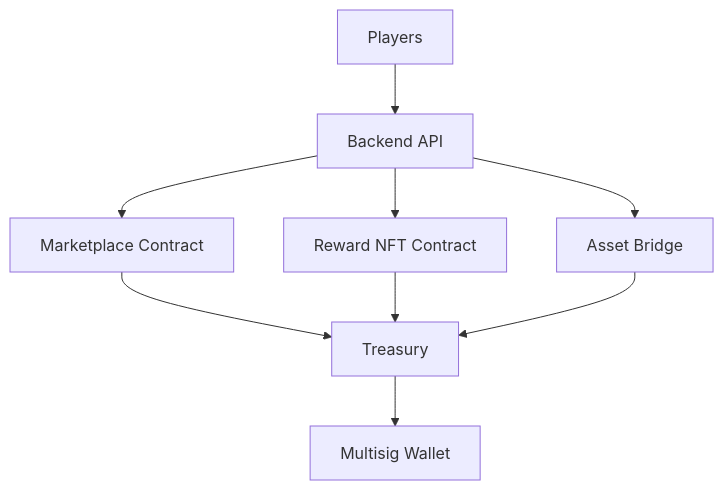
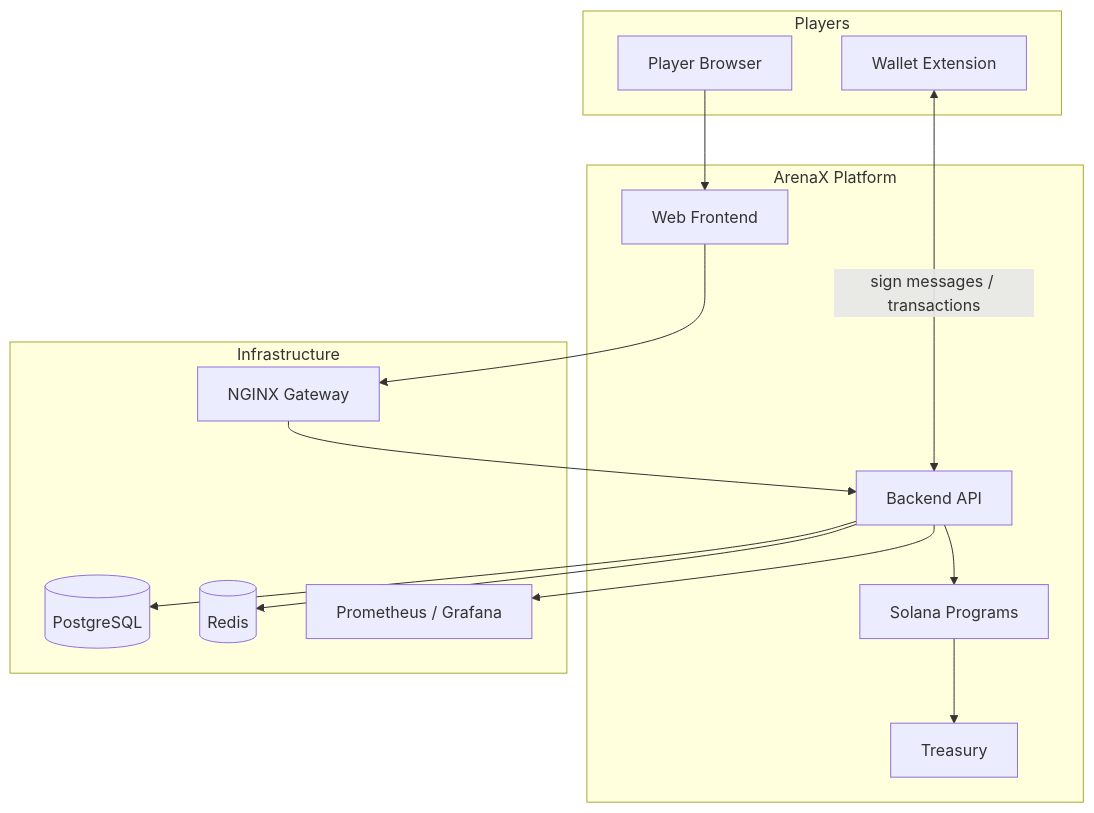
One commit to roastellar-org/Docs changed the first of 2 diagrams in architecture/overview.md. Above: the diagram before and after it, drawn with Mermaid. The commit also changed other lines of this file, not shown here.

Commit message:
docs: expand architecture overview with system context

````diff
--- a/architecture/overview.md
+++ b/architecture/overview.md
@@ -43,11 +7,28 @@
 ```mermaid
-graph TD
-    A[Players] --> B[Backend API]
-    B --> C[Reward NFT Contract]
-    B --> D[Marketplace Contract]
-    B --> E[Asset Bridge]
-    D --> F[Treasury]
-    C --> F
-    E --> F
-    F --> G[Multisig Wallet]
+graph TB
+    subgraph Players
+        U[Player Browser]
+        W[Wallet Extension]
+    end
+    subgraph ArenaX Platform
+        F[Web Frontend]
+        B[Backend API]
+        SC[Solana Programs]
+        TR[Treasury]
+    end
+    subgraph Infrastructure
+        NG[NGINX Gateway]
+        DB[(PostgreSQL)]
+        RD[(Redis)]
+        PG[Prometheus / Grafana]
+    end
+    U --> F
+    W <-->|sign messages / transactions| B
+    F --> NG
+    NG --> B
+    B --> DB
+    B --> RD
+    B --> SC
+    SC --> TR
+    B --> PG
 ```
````
